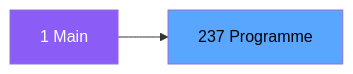
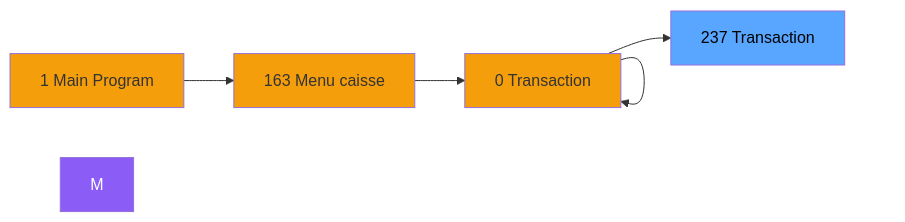
Before and after one commit to thonyAGP/magic-migration: the second of 3 diagrams in .openspec/specs/ADH-IDE-237.md, drawn with Mermaid. The commit also changed other lines of this file and 323 other files, not shown here.

````diff
--- a/.openspec/specs/ADH-IDE-237.md
+++ b/.openspec/specs/ADH-IDE-237.md
@@ -134,8 +164,21 @@
 ```mermaid
 graph LR
-    M[1 Main]
-    T[237 Programme]
-    M --> T
+    N1[1 Main Program]
+    N163[163 Menu caisse ]
+    N0[0 Transaction ]
+    N0[0 Transaction ]
+    N0[0 Transaction ]
+    T[237 Transaction ]
+    N1 --> N163
+    N163 --> N0
+    N0 --> N0
+    N0 --> N0
+    N0 --> T
     style M fill:#8b5cf6,color:#fff
+    style N1 fill:#f59e0b
+    style N163 fill:#f59e0b
+    style N0 fill:#f59e0b
+    style N0 fill:#f59e0b
+    style N0 fill:#f59e0b
     style T fill:#58a6ff,color:#000
 ```
````
